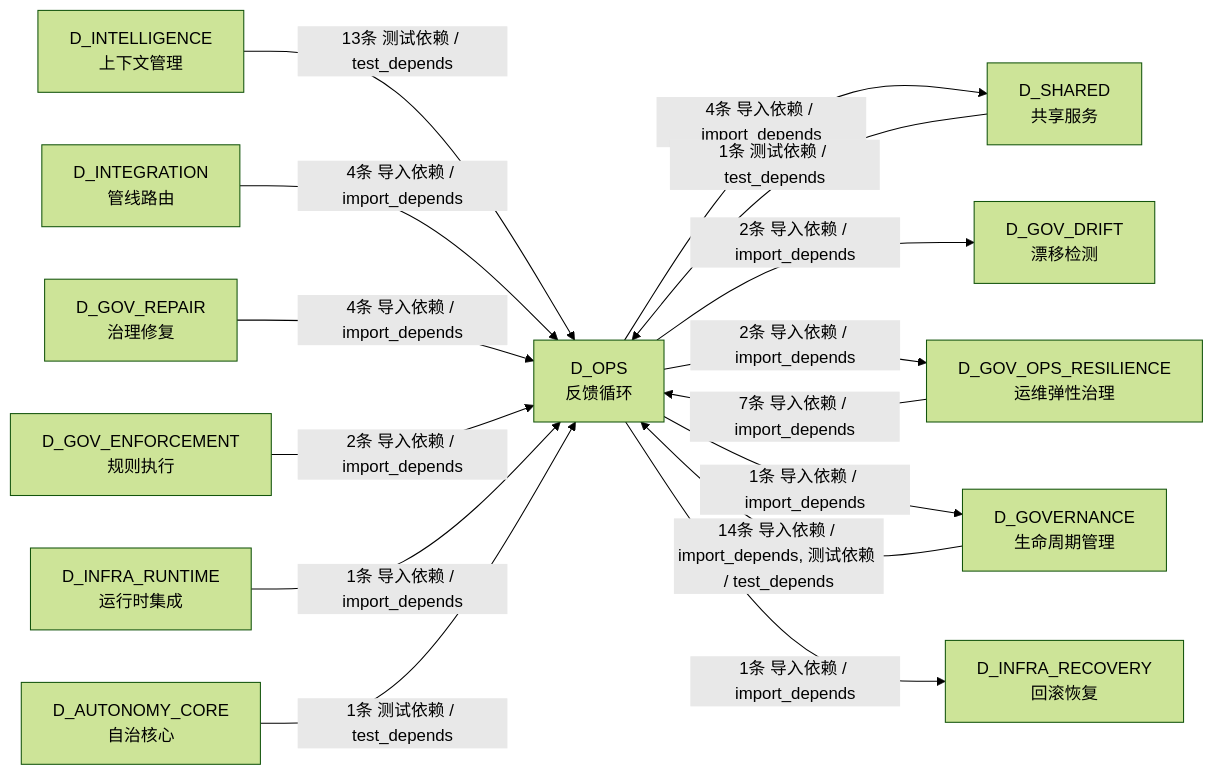
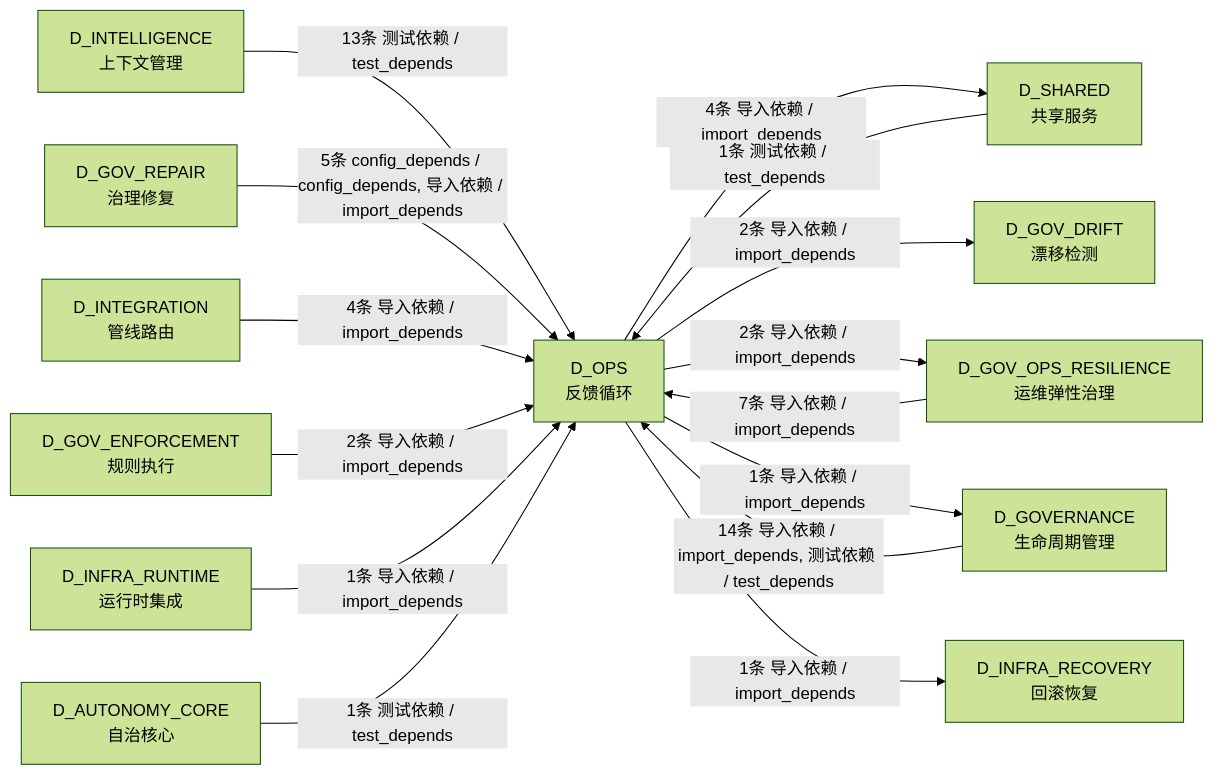
The fourth of 4 diagrams in docs/02_enterprise_architecture/02_domain_architecture_docs/21_d_ops.md (xuanFelixVan/ZephyrAlpha), drawn with Mermaid (forest theme) before and after one commit. The commit also changed other lines of this file and 125 other files, not shown here.

````diff
--- a/docs/02_enterprise_architecture/02_domain_architecture_docs/21_d_ops.md
+++ b/docs/02_enterprise_architecture/02_domain_architecture_docs/21_d_ops.md
@@ -293,29 +294,29 @@
 ```mermaid
 graph LR
     D_OPS["D_OPS<br/>反馈循环"]
     D_SHARED["D_SHARED<br/>共享服务"]
     D_GOV_DRIFT["D_GOV_DRIFT<br/>漂移检测"]
     D_GOV_OPS_RESILIENCE["D_GOV_OPS_RESILIENCE<br/>运维弹性治理"]
     D_GOVERNANCE["D_GOVERNANCE<br/>生命周期管理"]
     D_INFRA_RECOVERY["D_INFRA_RECOVERY<br/>回滚恢复"]
     D_INTELLIGENCE["D_INTELLIGENCE<br/>上下文管理"]
+    D_GOV_REPAIR["D_GOV_REPAIR<br/>治理修复"]
     D_INTEGRATION["D_INTEGRATION<br/>管线路由"]
-    D_GOV_REPAIR["D_GOV_REPAIR<br/>治理修复"]
     D_GOV_ENFORCEMENT["D_GOV_ENFORCEMENT<br/>规则执行"]
     D_INFRA_RUNTIME["D_INFRA_RUNTIME<br/>运行时集成"]
     D_AUTONOMY_CORE["D_AUTONOMY_CORE<br/>自治核心"]
     D_OPS -->|4条 导入依赖 / import_depends| D_SHARED
     D_OPS -->|2条 导入依赖 / import_depends| D_GOV_DRIFT
     D_OPS -->|2条 导入依赖 / import_depends| D_GOV_OPS_RESILIENCE
     D_OPS -->|1条 导入依赖 / import_depends| D_GOVERNANCE
     D_OPS -->|1条 导入依赖 / import_depends| D_INFRA_RECOVERY
     D_GOVERNANCE -->|14条 导入依赖 / import_depends, 测试依赖 / test_depends| D_OPS
     D_INTELLIGENCE -->|13条 测试依赖 / test_depends| D_OPS
     D_GOV_OPS_RESILIENCE -->|7条 导入依赖 / import_depends| D_OPS
+    D_GOV_REPAIR -->|5条 config_depends / config_depends, 导入依赖 / import_depends| D_OPS
     D_INTEGRATION -->|4条 导入依赖 / import_depends| D_OPS
-    D_GOV_REPAIR -->|4条 导入依赖 / import_depends| D_OPS
     D_GOV_ENFORCEMENT -->|2条 导入依赖 / import_depends| D_OPS
     D_SHARED -->|1条 测试依赖 / test_depends| D_OPS
     D_INFRA_RUNTIME -->|1条 导入依赖 / import_depends| D_OPS
     D_AUTONOMY_CORE -->|1条 测试依赖 / test_depends| D_OPS
 ```
````
